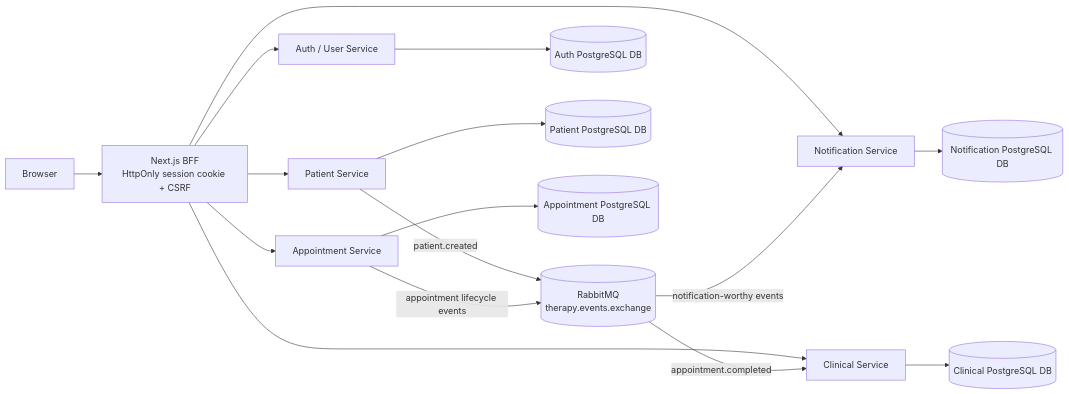
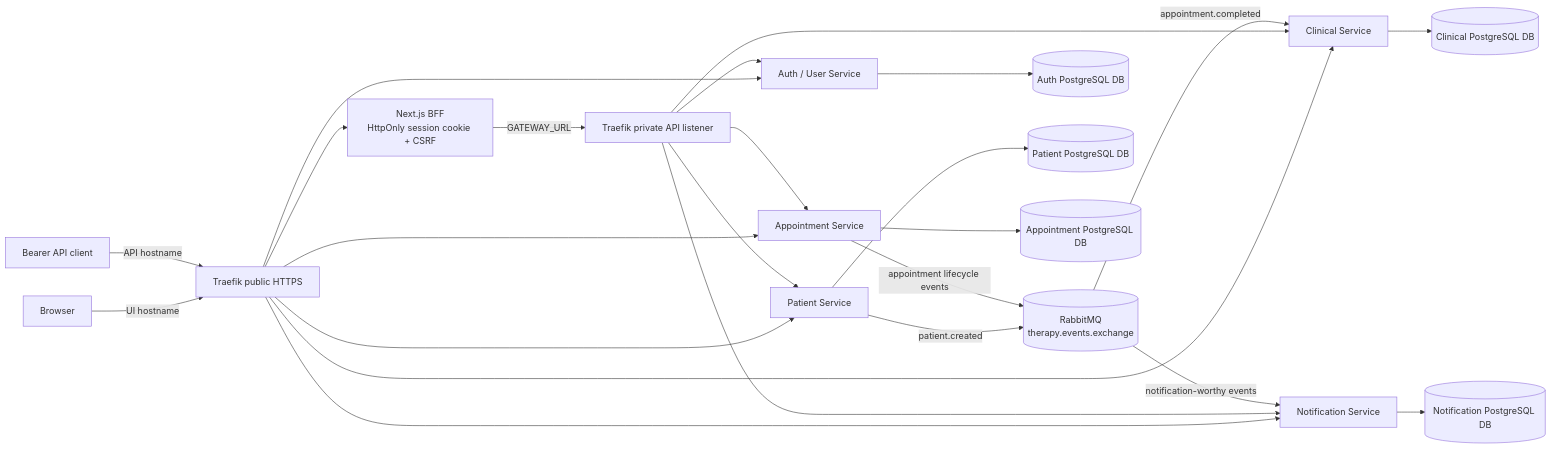
The diagram in README.md (rafaeljbgomes/ClinicFlow), drawn with Mermaid before and after one commit. The commit also changed other lines of this file and 7 other files, not shown here.

````diff
--- a/README.md
+++ b/README.md
@@ -70,36 +70,47 @@
 ```mermaid
 flowchart LR
     Browser[Browser]
     BFF[Next.js BFF\nHttpOnly session cookie + CSRF]
 
     Auth[Auth / User Service]
     Patient[Patient Service]
     Appointment[Appointment Service]
     Clinical[Clinical Service]
     Notification[Notification Service]
 
     Broker[(RabbitMQ\ntherapy.events.exchange)]
     AuthDB[(Auth PostgreSQL DB)]
     PatientDB[(Patient PostgreSQL DB)]
     AppointmentDB[(Appointment PostgreSQL DB)]
     ClinicalDB[(Clinical PostgreSQL DB)]
     NotificationDB[(Notification PostgreSQL DB)]
 
-    Browser --> BFF
-    BFF --> Auth
-    BFF --> Patient
-    BFF --> Appointment
-    BFF --> Clinical
-    BFF --> Notification
+    Edge[Traefik public HTTPS]
+    Private[Traefik private API listener]
+    Client[Bearer API client]
+    Browser -->|UI hostname| Edge
+    Edge --> BFF
+    BFF -->|GATEWAY_URL| Private
+    Client -->|API hostname| Edge
+    Edge --> Auth
+    Edge --> Patient
+    Edge --> Appointment
+    Edge --> Clinical
+    Edge --> Notification
+    Private --> Auth
+    Private --> Patient
+    Private --> Appointment
+    Private --> Clinical
+    Private --> Notification
 
     Auth --> AuthDB
     Patient --> PatientDB
     Appointment --> AppointmentDB
     Clinical --> ClinicalDB
     Notification --> NotificationDB
 
     Patient -->|patient.created| Broker
     Appointment -->|appointment lifecycle events| Broker
     Broker -->|notification-worthy events| Notification
     Broker -->|appointment.completed| Clinical
 ```
````
